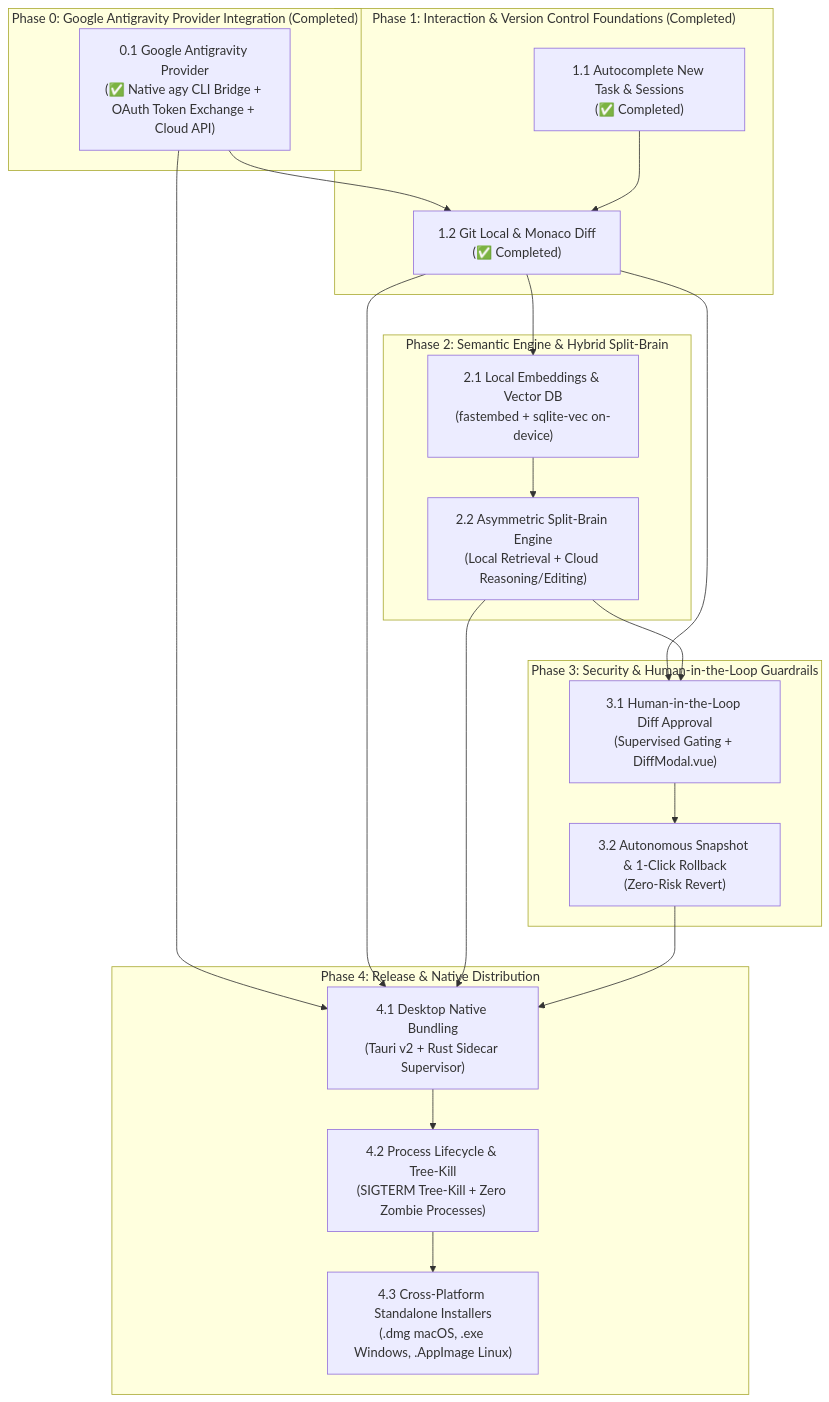
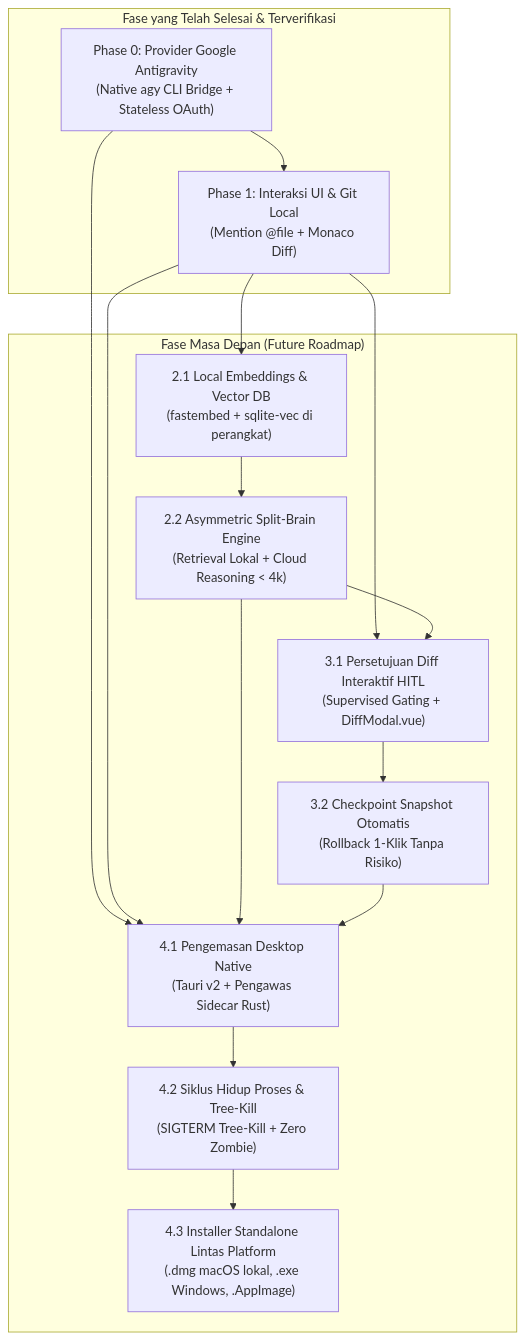
The diagram in Roadmap.md (aditlab-code/aegiscode), drawn with Mermaid before and after one commit. The commit also changed other lines of this file and 15 other files, not shown here.

Commit message:
docs: restrukturisasi dokumentasi ke core-features, future-roadmap, history, dan arsitektur inti

````diff
--- a/Roadmap.md
+++ b/Roadmap.md
@@ -8,37 +21,26 @@
 ```mermaid
 graph TD
-    subgraph F0 ["Phase 0: Google Antigravity Provider Integration (Completed)"]
-        F0_1["0.1 Google Antigravity Provider<br/>(✅ Native agy CLI Bridge + OAuth Token Exchange + Cloud API)"]
+    subgraph Selesai ["Fase yang Telah Selesai & Terverifikasi"]
+        F0["Phase 0: Provider Google Antigravity<br/>(Native agy CLI Bridge + Stateless OAuth)"]
+        F1["Phase 1: Interaksi UI & Git Local<br/>(Mention @file + Monaco Diff)"]
     end
 
-    subgraph F1 ["Phase 1: Interaction & Version Control Foundations (Completed)"]
-        F1_1["1.1 Autocomplete New Task & Sessions<br/>(✅ Completed)"]
-        F1_2["1.2 Git Local & Monaco Diff<br/>(✅ Completed)"]
+    subgraph Berjalan ["Fase Masa Depan (Future Roadmap)"]
+        F2_1["2.1 Local Embeddings & Vector DB<br/>(fastembed + sqlite-vec di perangkat)"]
+        F2_2["2.2 Asymmetric Split-Brain Engine<br/>(Retrieval Lokal + Cloud Reasoning < 4k)"]
+        F3_1["3.1 Persetujuan Diff Interaktif HITL<br/>(Supervised Gating + DiffModal.vue)"]
+        F3_2["3.2 Checkpoint Snapshot Otomatis<br/>(Rollback 1-Klik Tanpa Risiko)"]
+        F4_1["4.1 Pengemasan Desktop Native<br/>(Tauri v2 + Pengawas Sidecar Rust)"]
+        F4_2["4.2 Siklus Hidup Proses & Tree-Kill<br/>(SIGTERM Tree-Kill + Zero Zombie)"]
+        F4_3["4.3 Installer Standalone Lintas Platform<br/>(.dmg macOS lokal, .exe Windows, .AppImage)"]
     end
 
-    subgraph F2 ["Phase 2: Semantic Engine & Hybrid Split-Brain"]
-        F2_1["2.1 Local Embeddings & Vector DB<br/>(fastembed + sqlite-vec on-device)"]
-        F2_2["2.2 Asymmetric Split-Brain Engine<br/>(Local Retrieval + Cloud Reasoning/Editing)"]
-    end
-
-    subgraph F3 ["Phase 3: Security & Human-in-the-Loop Guardrails"]
-        F3_1["3.1 Human-in-the-Loop Diff Approval<br/>(Supervised Gating + DiffModal.vue)"]
-        F3_2["3.2 Autonomous Snapshot & 1-Click Rollback<br/>(Zero-Risk Revert)"]
-    end
-
-    subgraph F4 ["Phase 4: Release & Native Distribution"]
-        F4_1["4.1 Desktop Native Bundling<br/>(Tauri v2 + Rust Sidecar Supervisor)"]
-        F4_2["4.2 Process Lifecycle & Tree-Kill<br/>(SIGTERM Tree-Kill + Zero Zombie Processes)"]
-        F4_3["4.3 Cross-Platform Standalone Installers<br/>(.dmg macOS, .exe Windows, .AppImage Linux)"]
-    end
-
-    F0_1 --> F1_2
-    F1_1 --> F1_2
-    F1_2 --> F2_1
+    F0 --> F1
+    F1 --> F2_1
     F2_1 --> F2_2
-    F1_2 & F2_2 --> F3_1
+    F1 & F2_2 --> F3_1
     F3_1 --> F3_2
-    F0_1 & F1_2 & F2_2 & F3_2 --> F4_1
+    F0 & F1 & F2_2 & F3_2 --> F4_1
     F4_1 --> F4_2
     F4_2 --> F4_3
 ```
````
